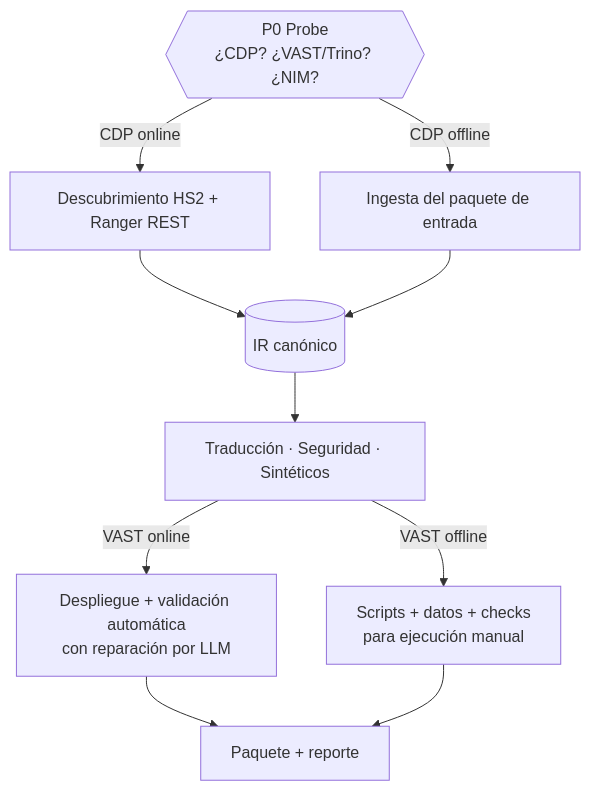
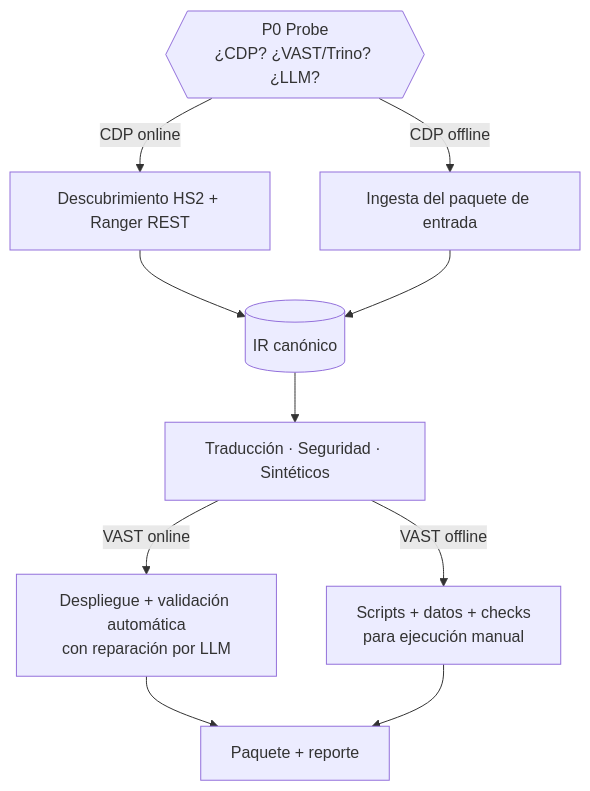
One commit to edr1/cdp_migration_agent changed the second of 3 diagrams in docs/ARCHITECTURE.md. Above: the diagram before and after it, drawn with Mermaid. The commit also changed other lines of this file and 15 other files, not shown here.

````diff
--- a/docs/ARCHITECTURE.md
+++ b/docs/ARCHITECTURE.md
@@ -64,11 +64,11 @@
 ```mermaid
 flowchart TB
-  P0{{"P0 Probe<br/>¿CDP? ¿VAST/Trino? ¿NIM?"}}
+  P0{{"P0 Probe<br/>¿CDP? ¿VAST/Trino? ¿LLM?"}}
   P0 -->|CDP online| D1[Descubrimiento HS2 + Ranger REST]
   P0 -->|CDP offline| D2[Ingesta del paquete de entrada]
   D1 & D2 --> IR[(IR canónico)]
   IR --> T[Traducción · Seguridad · Sintéticos]
   T -->|VAST online| V1[Despliegue + validación automática<br/>con reparación por LLM]
   T -->|VAST offline| V2[Scripts + datos + checks<br/>para ejecución manual]
   V1 & V2 --> PK[Paquete + reporte]
 ```
````
